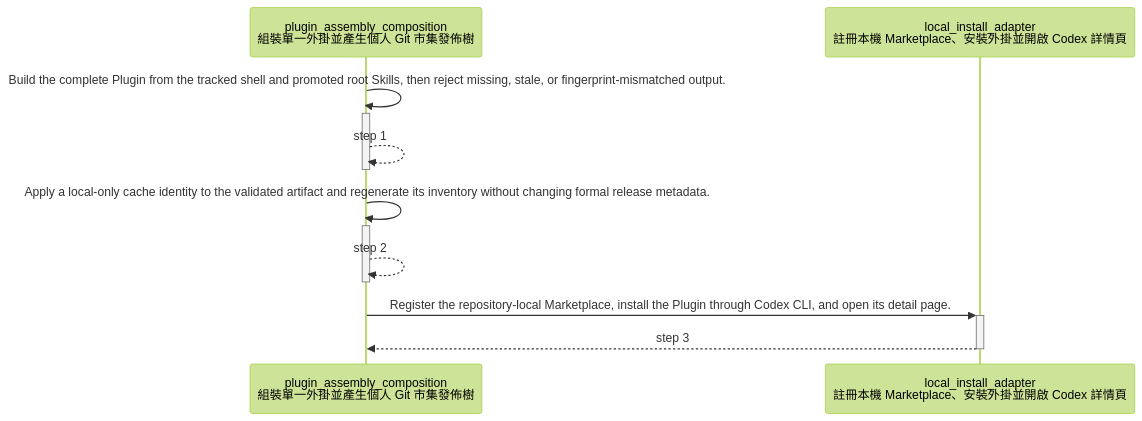
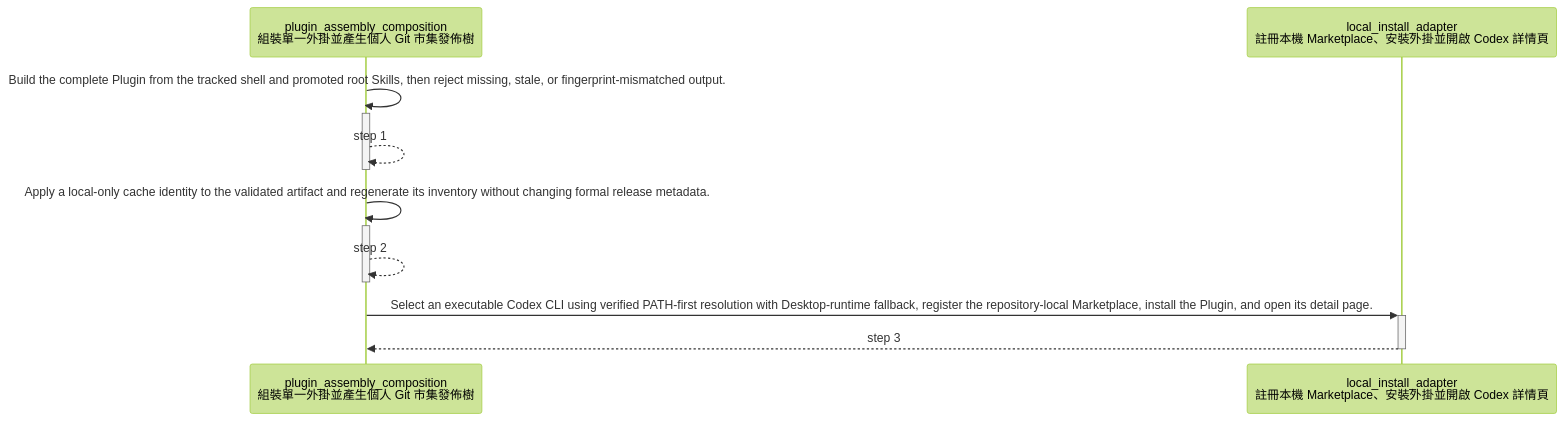
Before and after one commit to ShinWeiPeng/skills: the second of 2 diagrams in architecture/generated/plugin_assembly_composition.md, drawn with Mermaid (forest theme). The commit also changed other lines of this file and 15 other files, not shown here.

````diff
--- a/architecture/generated/plugin_assembly_composition.md
+++ b/architecture/generated/plugin_assembly_composition.md
@@ -73,11 +73,11 @@
 ```mermaid
 sequenceDiagram
     participant n_plugin_assembly_composition as plugin_assembly_composition<br/>組裝單一外掛並產生個人 Git 市集發佈樹
     participant n_local_install_adapter as local_install_adapter<br/>註冊本機 Marketplace、安裝外掛並開啟 Codex 詳情頁
     n_plugin_assembly_composition->>+n_plugin_assembly_composition: Build the complete Plugin from the tracked shell and promoted root Skills, then reject missing, stale, or fingerprint-mismatched output.
     n_plugin_assembly_composition-->>-n_plugin_assembly_composition: step 1
     n_plugin_assembly_composition->>+n_plugin_assembly_composition: Apply a local-only cache identity to the validated artifact and regenerate its inventory without changing formal release metadata.
     n_plugin_assembly_composition-->>-n_plugin_assembly_composition: step 2
-    n_plugin_assembly_composition->>+n_local_install_adapter: Register the repository-local Marketplace, install the Plugin through Codex CLI, and open its detail page.
+    n_plugin_assembly_composition->>+n_local_install_adapter: Select an executable Codex CLI using verified PATH-first resolution with Desktop-runtime fallback, register the repository-local Marketplace, install the Plugin, and open its detail page.
     n_local_install_adapter-->>-n_plugin_assembly_composition: step 3
 ```
````
